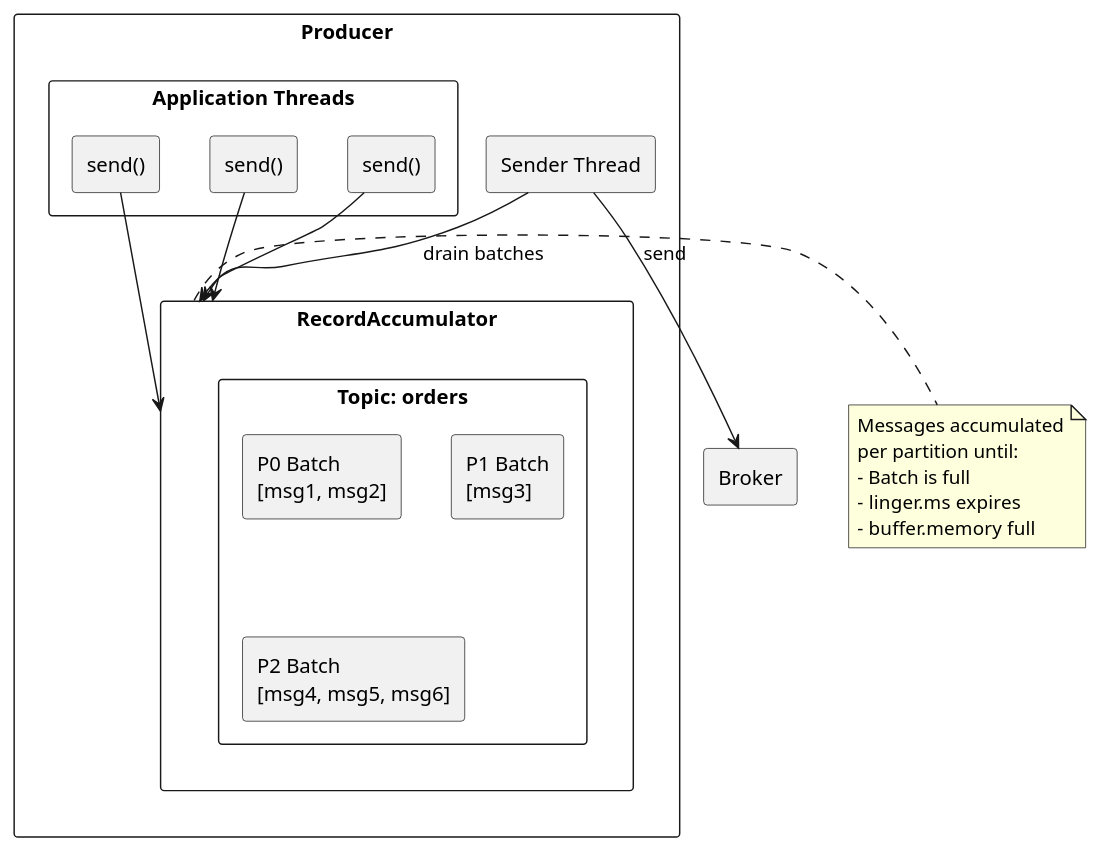
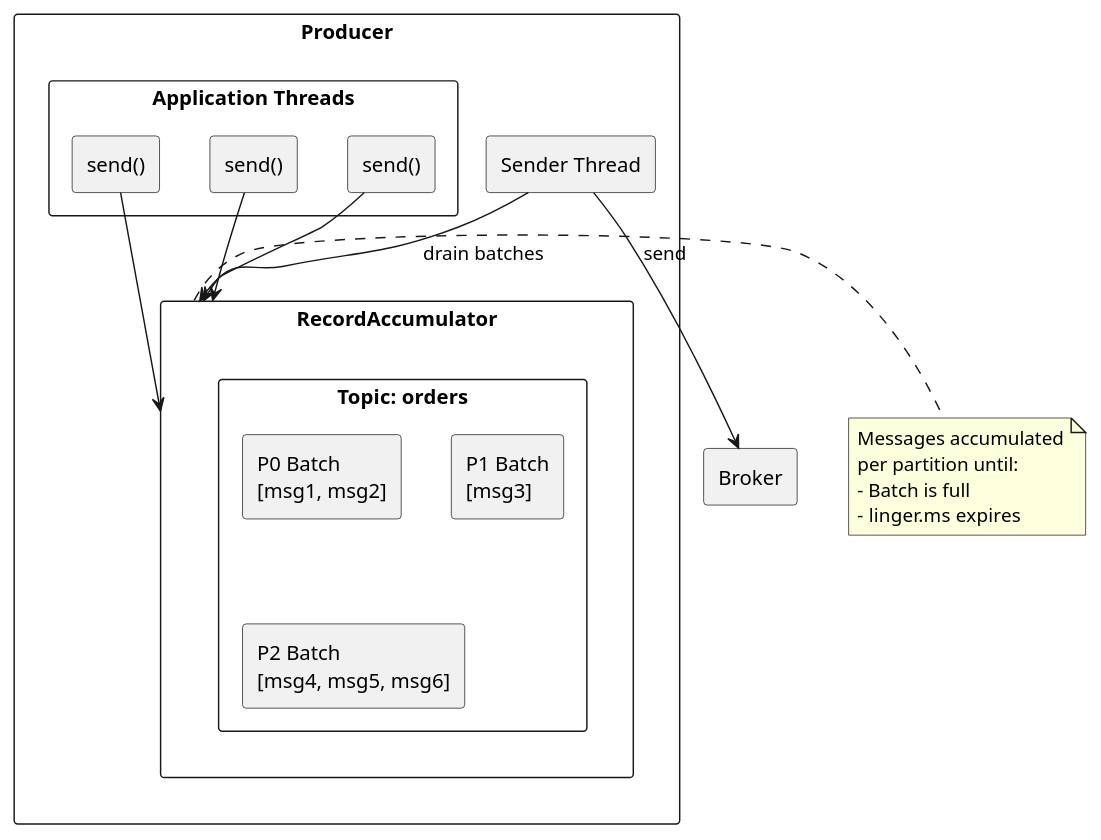
Before and after one commit to axonops/documentation: the first of 10 diagrams in docs/data-platforms/kafka/architecture/client-connections/batching.md, drawn with PlantUML. The commit also changed other lines of this file and 34 other files, not shown here.

Commit message:
Updated Kafka architecture documents

````diff
--- a/docs/data-platforms/kafka/architecture/client-connections/batching.md
+++ b/docs/data-platforms/kafka/architecture/client-connections/batching.md
@@ -15,42 +15,41 @@
 ```plantuml
 @startuml
 
 skinparam backgroundColor transparent
 
 rectangle "Producer" {
     rectangle "Application Threads" as App {
         rectangle "send()" as Send1
         rectangle "send()" as Send2
         rectangle "send()" as Send3
     }
 
     rectangle "RecordAccumulator" as RA {
         rectangle "Topic: orders" as Topic {
             rectangle "P0 Batch\n[msg1, msg2]" as B0
             rectangle "P1 Batch\n[msg3]" as B1
             rectangle "P2 Batch\n[msg4, msg5, msg6]" as B2
         }
     }
 
     rectangle "Sender Thread" as Sender
 }
 
 rectangle "Broker" as Broker
 
 Send1 --> RA
 Send2 --> RA
 Send3 --> RA
 
 Sender --> RA : drain batches
 Sender --> Broker : send
 
 note right of RA
   Messages accumulated
   per partition until:
   - Batch is full
   - linger.ms expires
-  - buffer.memory full
 end note
 
 @enduml
 ```
````
